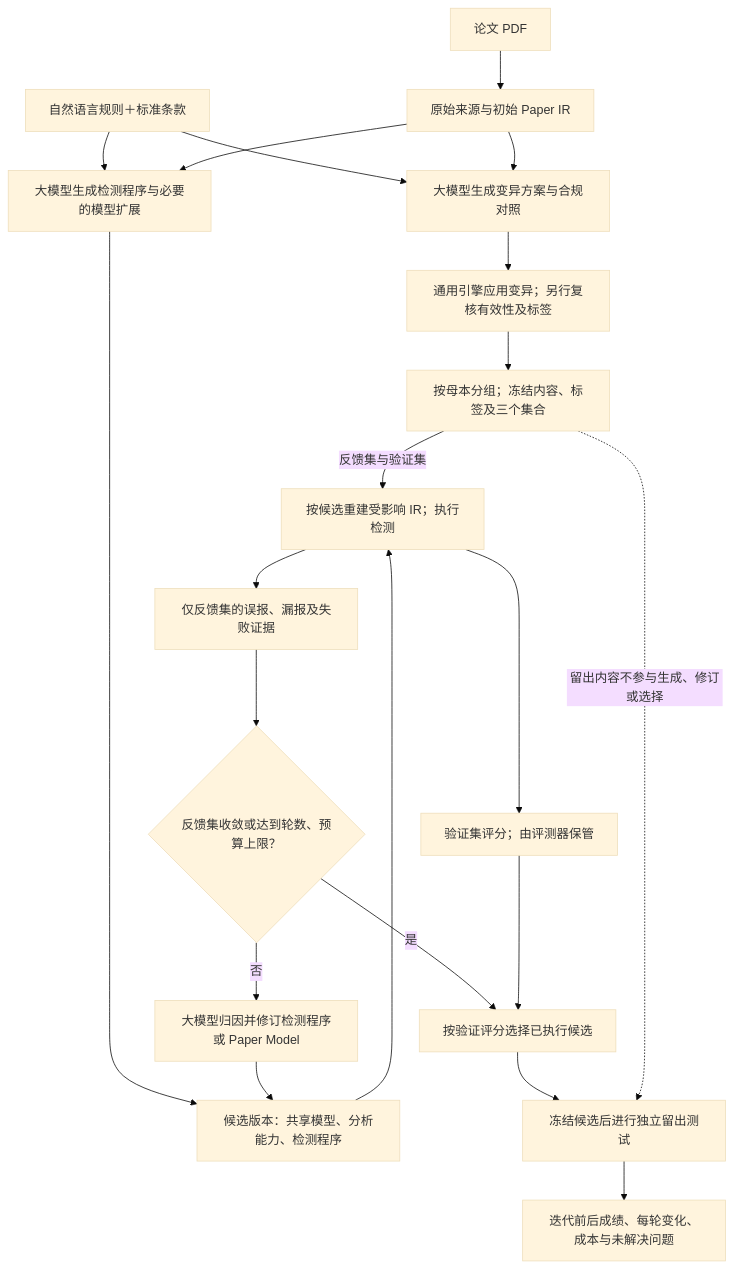
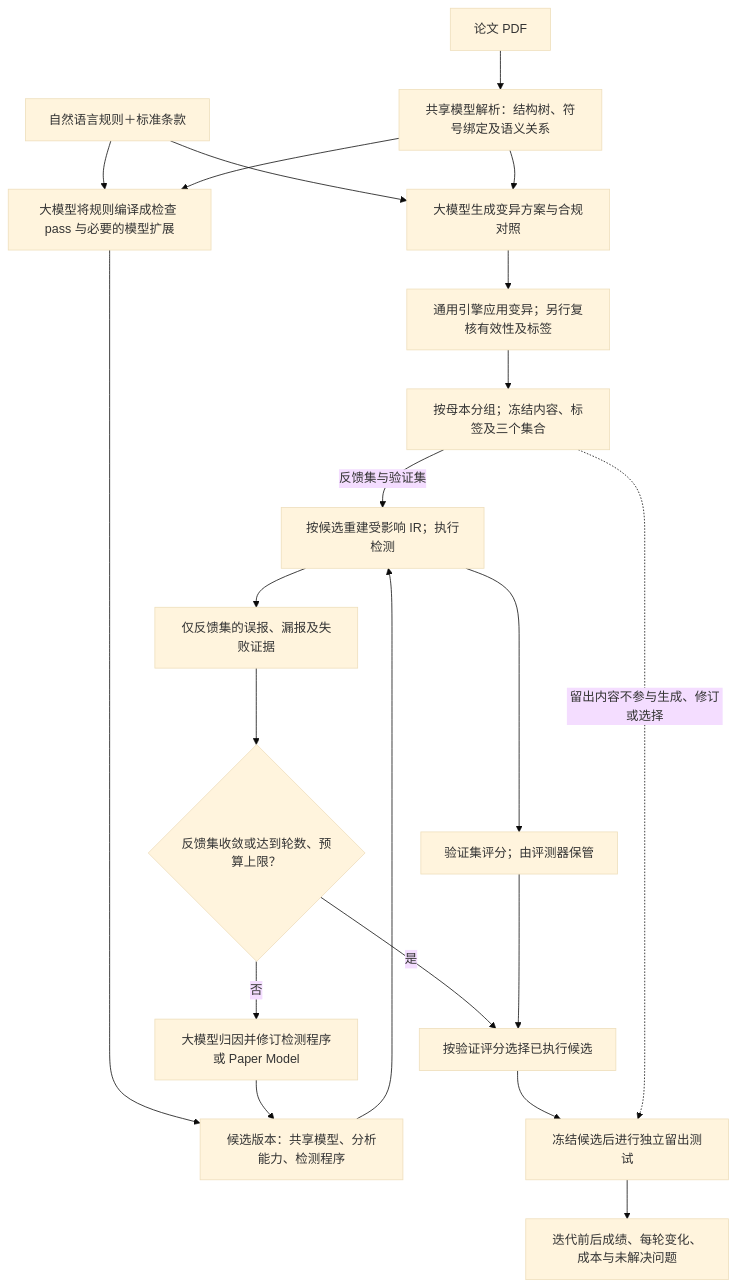
Before and after one commit to code-philia/smart-degree-review-system: the first of 2 diagrams in docs/superpowers/specs/2026-10-18-mutant-feedback-framework-design.md, drawn with Mermaid (base theme). The commit also changed other lines of this file, not shown here.

Commit message:
docs: center the framework on paper AST and rule compilation

````diff
--- a/docs/superpowers/specs/2026-10-18-mutant-feedback-framework-design.md
+++ b/docs/superpowers/specs/2026-10-18-mutant-feedback-framework-design.md
@@ -46,23 +94,23 @@
 ```mermaid
 flowchart TD
-    PDF[论文 PDF] --> REP[原始来源与初始 Paper IR]
+    PDF[论文 PDF] --> REP[共享模型解析：结构树、符号绑定及语义关系]
     RULE[自然语言规则＋标准条款] --> MUT[大模型生成变异方案与合规对照]
     REP --> MUT
     MUT --> VERIFY[通用引擎应用变异；另行复核有效性及标签]
     VERIFY --> SPLIT[按母本分组；冻结内容、标签及三个集合]
-    RULE --> GEN[大模型生成检测程序与必要的模型扩展]
+    RULE --> GEN[大模型将规则编译成检查 pass 与必要的模型扩展]
     REP --> GEN
     GEN --> STATE[候选版本：共享模型、分析能力、检测程序]
     STATE --> RUN[按候选重建受影响 IR；执行检测]
     SPLIT -->|反馈集与验证集| RUN
     RUN --> FB[仅反馈集的误报、漏报及失败证据]
     RUN --> VAL[验证集评分；由评测器保管]
     FB --> STOP{反馈集收敛或达到轮数、预算上限？}
     STOP -->|否| REFINE[大模型归因并修订检测程序或 Paper Model]
     REFINE --> STATE
     STOP -->|是| SELECT[按验证评分选择已执行候选]
     VAL --> SELECT
     SELECT --> TEST[冻结候选后进行独立留出测试]
     SPLIT -. 留出内容不参与生成、修订或选择 .-> TEST
     TEST --> REPORT[迭代前后成绩、每轮变化、成本与未解决问题]
 ```
````
